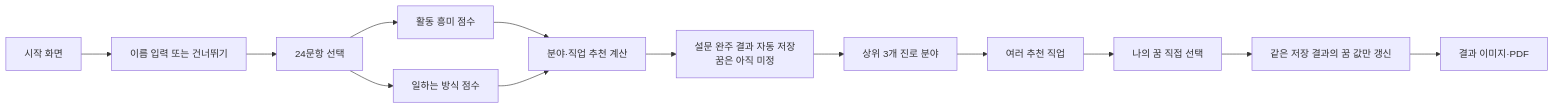
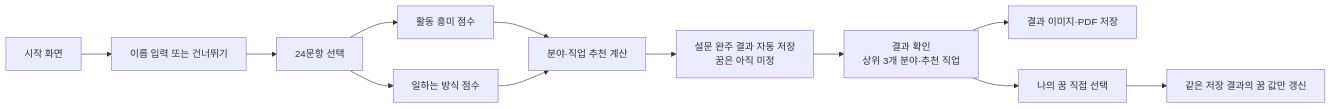
The diagram in README.md (koreadeveloper/wekid), drawn with Mermaid before and after one commit. The commit also changed other lines of this file and 3 other files, not shown here.

````diff
--- a/README.md
+++ b/README.md
@@ -101,15 +101,14 @@
 ```mermaid
 flowchart LR
     A["시작 화면"] --> B["이름 입력 또는 건너뛰기"]
     B --> C["24문항 선택"]
     C --> D["활동 흥미 점수"]
     C --> E["일하는 방식 점수"]
     D --> F["분야·직업 추천 계산"]
     E --> F
     F --> G["설문 완주 결과 자동 저장<br/>꿈은 아직 미정"]
-    G --> H["상위 3개 진로 분야"]
-    H --> I["여러 추천 직업"]
-    I --> J["나의 꿈 직접 선택"]
+    G --> H["결과 확인<br/>상위 3개 분야·추천 직업"]
+    H --> I["결과 이미지·PDF 저장"]
+    H --> J["나의 꿈 직접 선택"]
     J --> K["같은 저장 결과의 꿈 값만 갱신"]
-    K --> L["결과 이미지·PDF"]
 ```
````
